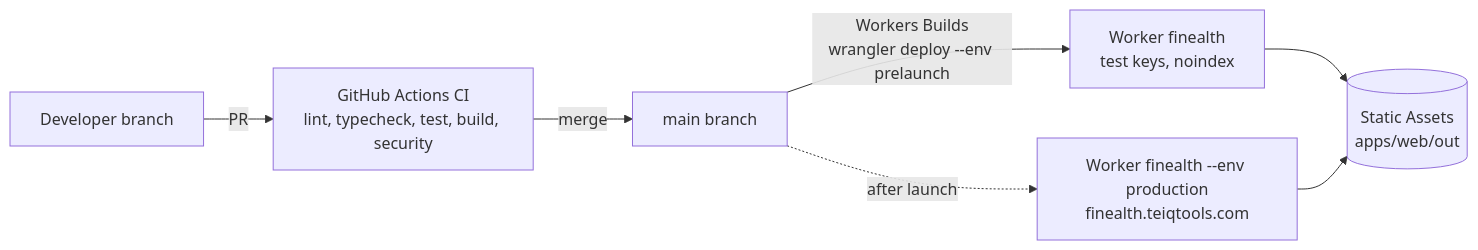
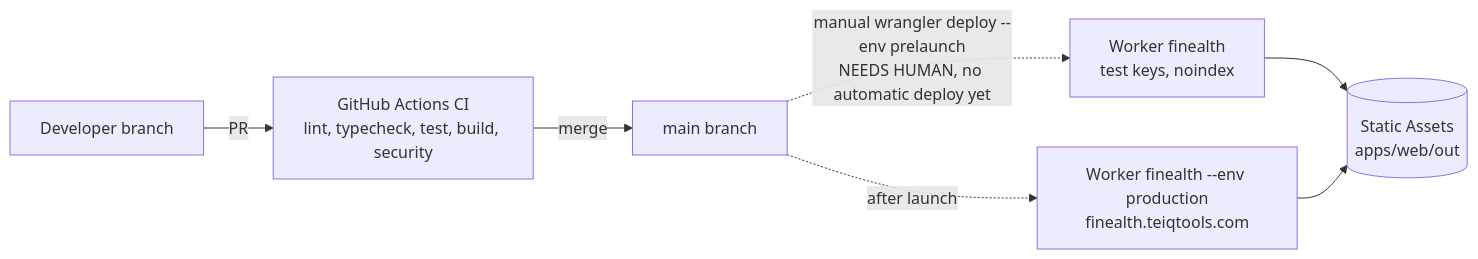
The fourth of 4 diagrams in docs/HLD.md (equisteg/finance-calculators), drawn with Mermaid before and after one commit. The commit also changed other lines of this file and 11 other files, not shown here.

````diff
--- a/docs/HLD.md
+++ b/docs/HLD.md
@@ -189,9 +189,9 @@
 ```mermaid
 flowchart LR
   dev[Developer branch] -->|PR| ci[GitHub Actions CI<br/>lint, typecheck, test, build, security]
   ci -->|merge| main[main branch]
-  main -->|Workers Builds<br/>wrangler deploy --env prelaunch| pre[Worker finealth<br/>test keys, noindex]
+  main -.->|manual wrangler deploy --env prelaunch<br/>NEEDS HUMAN, no automatic deploy yet| pre[Worker finealth<br/>test keys, noindex]
   main -.->|after launch| prod[Worker finealth --env production<br/>finealth.teiqtools.com]
   pre --> assets[(Static Assets<br/>apps/web/out)]
   prod --> assets
 ```
````
